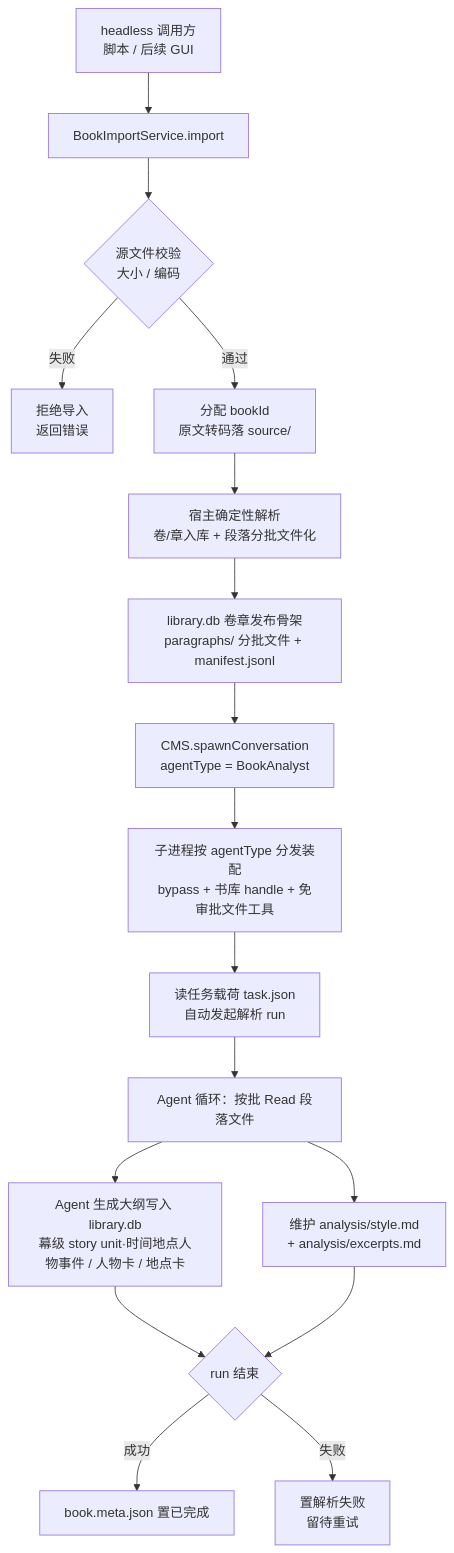
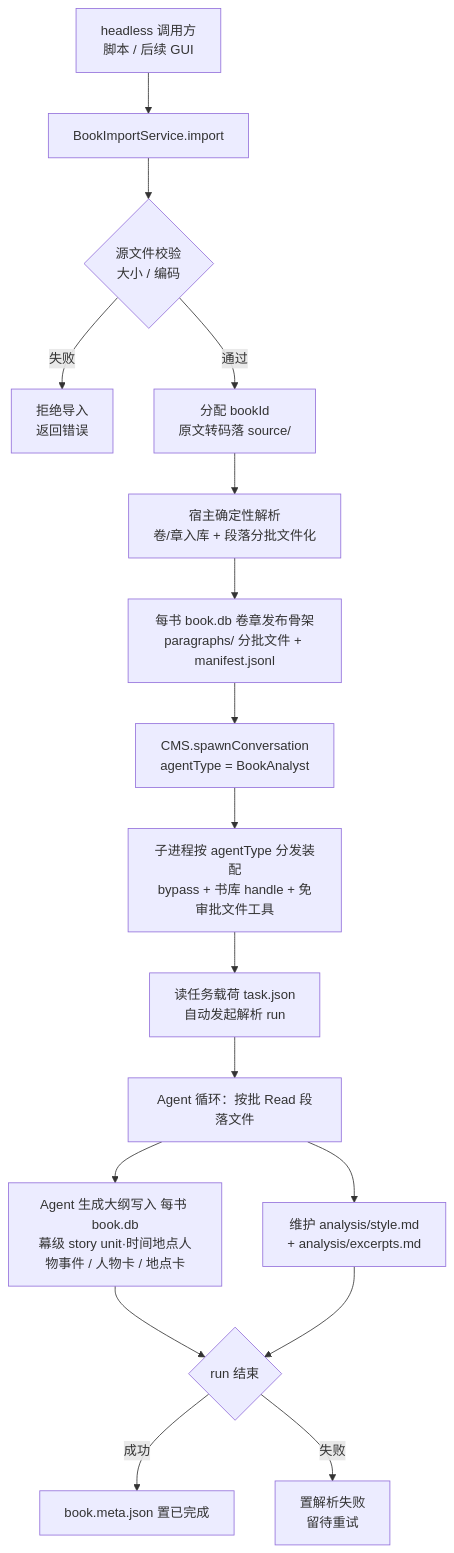
Before and after one commit to fanghuarunbalala/nova-writing: the first of 5 diagrams in docs/PRD/library-完本解构.md, drawn with Mermaid. The commit also changed other lines of this file and 27 other files, not shown here.

First line of the commit message:
feat(library): 完本解构管线落地——BookAnalyst 后台会话 + LibraryService 门面 + LibraryRead 接入

````diff
--- a/docs/PRD/library-完本解构.md
+++ b/docs/PRD/library-完本解构.md
@@ -38,19 +38,19 @@
 ```mermaid
 flowchart TD
     A[headless 调用方<br/>脚本 / 后续 GUI] --> B[BookImportService.import]
     B --> C{源文件校验<br/>大小 / 编码}
     C -- 失败 --> C1[拒绝导入<br/>返回错误]
     C -- 通过 --> D[分配 bookId<br/>原文转码落 source/]
     D --> E[宿主确定性解析<br/>卷/章入库 + 段落分批文件化]
-    E --> F[library.db 卷章发布骨架<br/>paragraphs/ 分批文件 + manifest.jsonl]
+    E --> F[每书 book.db 卷章发布骨架<br/>paragraphs/ 分批文件 + manifest.jsonl]
     F --> G[CMS.spawnConversation<br/>agentType = BookAnalyst]
     G --> H[子进程按 agentType 分发装配<br/>bypass + 书库 handle + 免审批文件工具]
     H --> I[读任务载荷 task.json<br/>自动发起解析 run]
     I --> J[Agent 循环：按批 Read 段落文件]
-    J --> K[Agent 生成大纲写入 library.db<br/>幕级 story unit·时间地点人物事件 / 人物卡 / 地点卡]
+    J --> K[Agent 生成大纲写入 每书 book.db<br/>幕级 story unit·时间地点人物事件 / 人物卡 / 地点卡]
     J --> L[维护 analysis/style.md<br/>+ analysis/excerpts.md]
     K --> M{run 结束}
     L --> M
     M -- 成功 --> N[book.meta.json 置已完成]
     M -- 失败 --> O[置解析失败<br/>留待重试]
 ```
````
